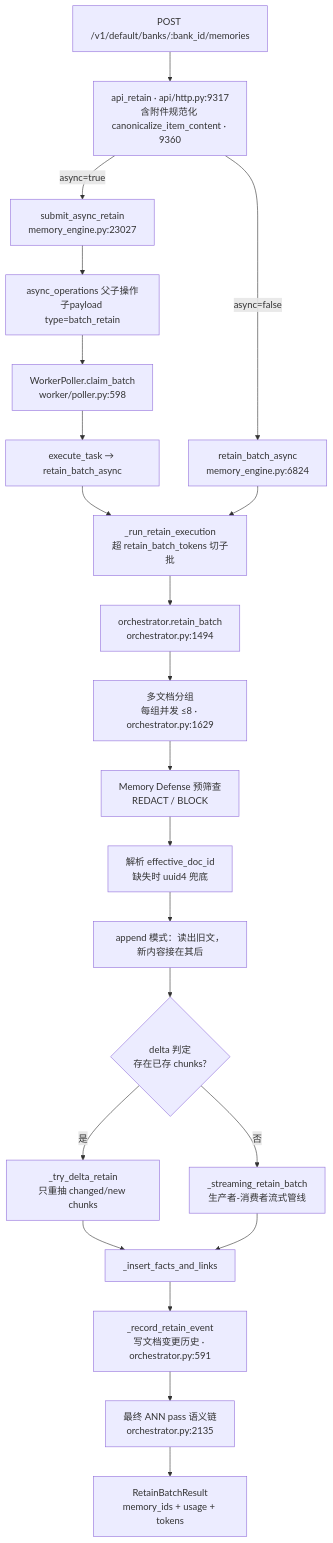
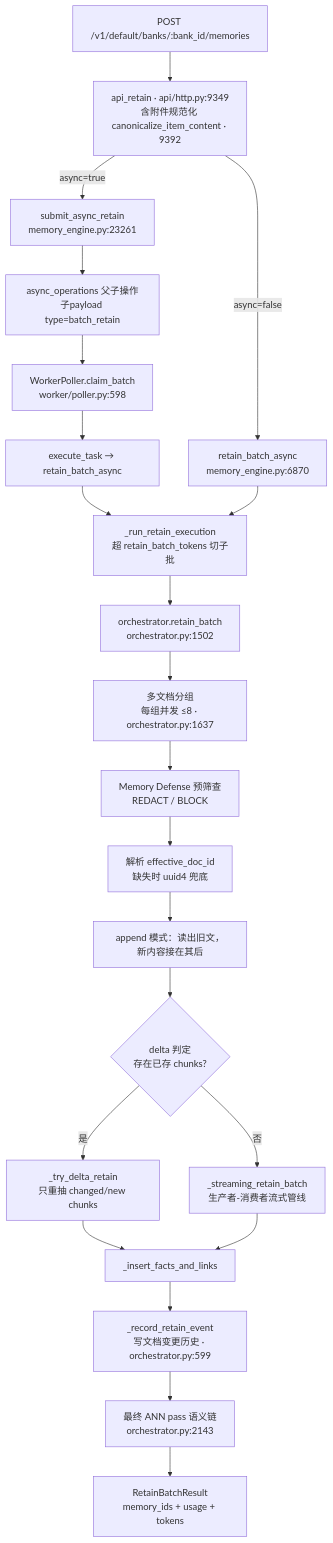
Before and after one commit to stefanv5/memory-platform-architecture: the first of 3 diagrams in docs/hindsight/source-study/02-retain-摄取管线.md, drawn with Mermaid. The commit also changed other lines of this file and 10 other files, not shown here.

````diff
--- a/docs/hindsight/source-study/02-retain-摄取管线.md
+++ b/docs/hindsight/source-study/02-retain-摄取管线.md
@@ -64,24 +64,24 @@
 ```mermaid
 flowchart TD
-    REQ["POST /v1/default/banks/:bank_id/memories"] --> ROUTE["api_retain · api/http.py:9317<br/>含附件规范化 canonicalize_item_content · 9360"]
-    ROUTE -->|"async=true"| SUBMIT["submit_async_retain<br/>memory_engine.py:23027"]
-    ROUTE -->|"async=false"| SYNC["retain_batch_async<br/>memory_engine.py:6824"]
+    REQ["POST /v1/default/banks/:bank_id/memories"] --> ROUTE["api_retain · api/http.py:9349<br/>含附件规范化 canonicalize_item_content · 9392"]
+    ROUTE -->|"async=true"| SUBMIT["submit_async_retain<br/>memory_engine.py:23261"]
+    ROUTE -->|"async=false"| SYNC["retain_batch_async<br/>memory_engine.py:6870"]
     SUBMIT --> OPS["async_operations 父子操作<br/>子payload type=batch_retain"]
     OPS --> POLL["WorkerPoller.claim_batch<br/>worker/poller.py:598"]
     POLL --> EXEC["execute_task → retain_batch_async"]
     EXEC --> SPLIT
     SYNC --> SPLIT["_run_retain_execution<br/>超 retain_batch_tokens 切子批"]
-    SPLIT --> ORCH["orchestrator.retain_batch<br/>orchestrator.py:1494"]
-    ORCH --> GRP["多文档分组<br/>每组并发 ≤8 · orchestrator.py:1629"]
+    SPLIT --> ORCH["orchestrator.retain_batch<br/>orchestrator.py:1502"]
+    ORCH --> GRP["多文档分组<br/>每组并发 ≤8 · orchestrator.py:1637"]
     GRP --> MD["Memory Defense 预筛查<br/>REDACT / BLOCK"]
     MD --> DOCID["解析 effective_doc_id<br/>缺失时 uuid4 兜底"]
     DOCID --> APPEND["append 模式：读出旧文，新内容接在其后"]
     APPEND --> DELTA{"delta 判定<br/>存在已存 chunks?"}
     DELTA -->|"是"| DPATH["_try_delta_retain<br/>只重抽 changed/new chunks"]
     DELTA -->|"否"| STREAM["_streaming_retain_batch<br/>生产者-消费者流式管线"]
     DPATH --> LK["_insert_facts_and_links"]
     STREAM --> LK
-    LK --> HIST["_record_retain_event<br/>写文档变更历史 · orchestrator.py:591"]
-    HIST --> ANN["最终 ANN pass 语义链<br/>orchestrator.py:2135"]
+    LK --> HIST["_record_retain_event<br/>写文档变更历史 · orchestrator.py:599"]
+    HIST --> ANN["最终 ANN pass 语义链<br/>orchestrator.py:2143"]
     ANN --> OUT["RetainBatchResult<br/>memory_ids + usage + tokens"]
 ```
````
